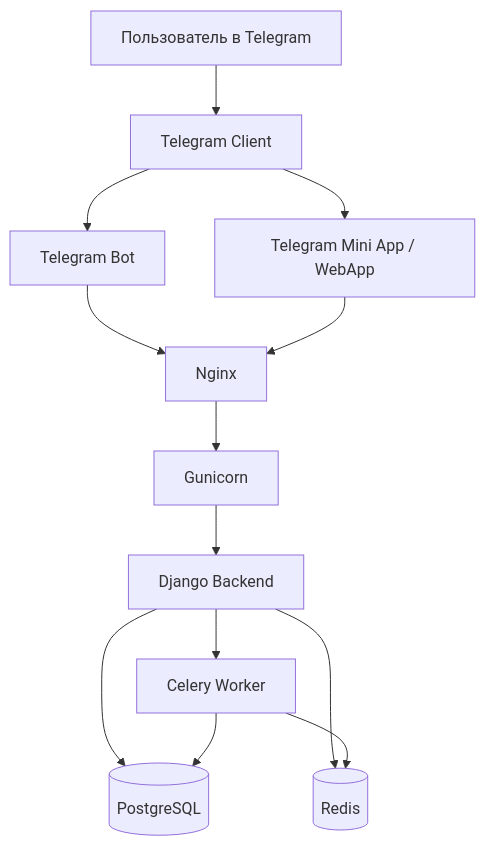
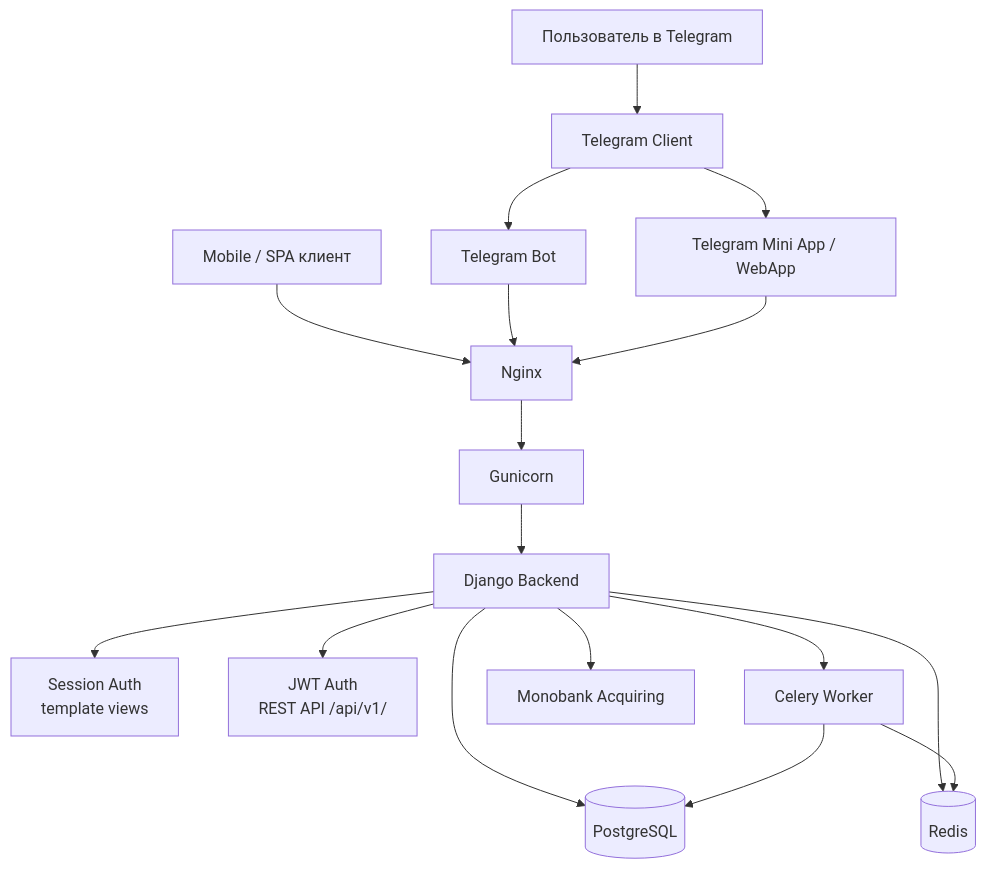
The first of 2 diagrams in AI_ARCHITECTURE_MAP.md (robochi-work/robochi_bot), drawn with Mermaid before and after one commit. The commit also changed other lines of this file and 7 other files, not shown here.

First line of the commit message:
docs: update all .md files — new architecture, api/, payment/, AuthIdentity

````diff
--- a/AI_ARCHITECTURE_MAP.md
+++ b/AI_ARCHITECTURE_MAP.md
@@ -15,18 +15,22 @@
 ```mermaid
 flowchart TD
     U[Пользователь в Telegram] --> TG[Telegram Client]
     TG --> BOT[Telegram Bot]
     TG --> WA[Telegram Mini App / WebApp]
+    MOB[Mobile / SPA клиент] --> NGINX
 
     BOT --> NGINX[Nginx]
     WA --> NGINX
 
     NGINX --> GUNICORN[Gunicorn]
     GUNICORN --> DJANGO[Django Backend]
 
+    DJANGO --> SESSION[Session Auth\ntemplate views]
+    DJANGO --> JWT[JWT Auth\nREST API /api/v1/]
     DJANGO --> PG[(PostgreSQL)]
     DJANGO --> REDIS[(Redis)]
     DJANGO --> CELERY[Celery Worker]
+    DJANGO --> MONO[Monobank Acquiring]
     CELERY --> REDIS
     CELERY --> PG
 ```
````
